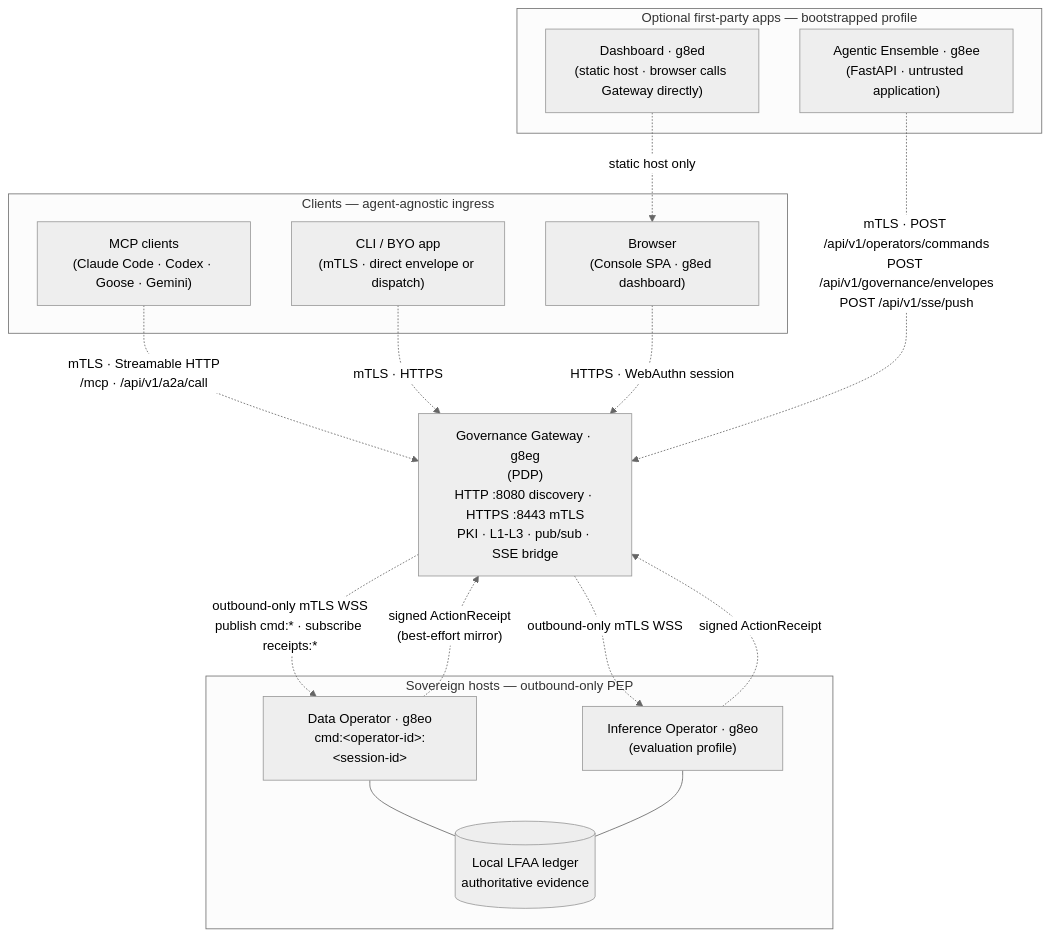
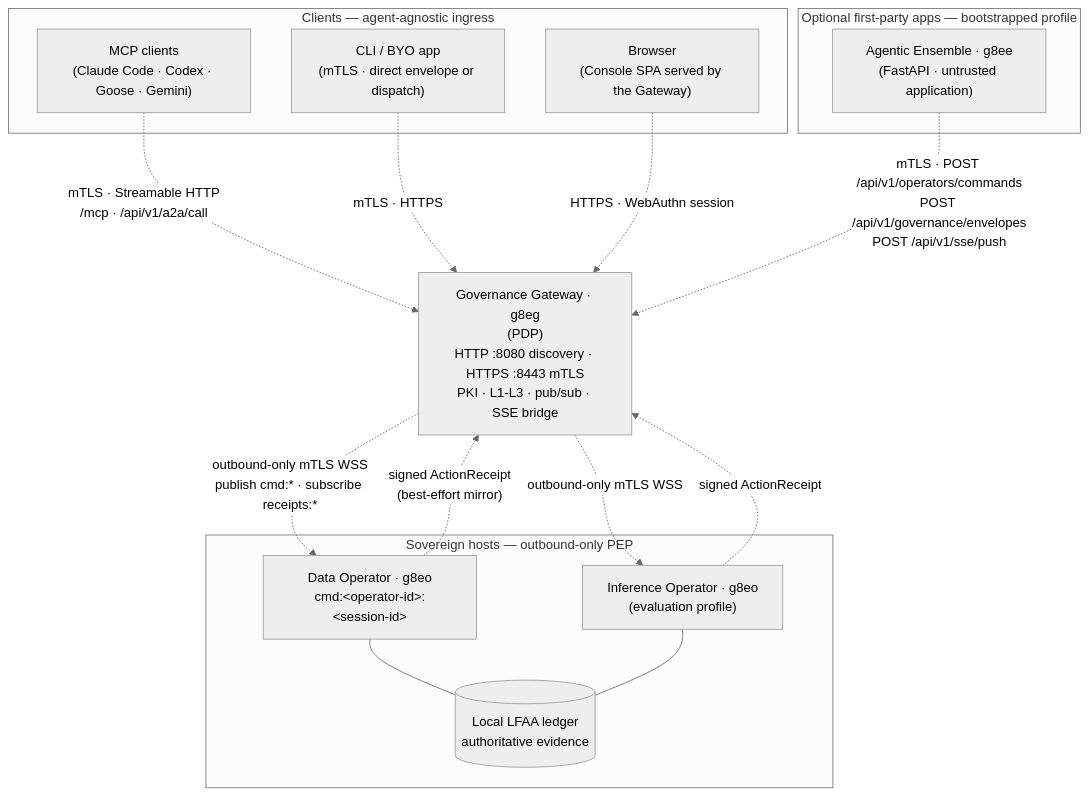
One commit to g8e-ai/g8e changed the diagram in docs/diagrams/graph-gateway-fleet-single-host-http-mtls.md. Above: the diagram before and after it, drawn with Mermaid (neutral theme). The commit also changed other lines of this file and 1179 other files, not shown here.

````diff
--- a/docs/diagrams/graph-gateway-fleet-single-host-http-mtls.md
+++ b/docs/diagrams/graph-gateway-fleet-single-host-http-mtls.md
@@ -5,35 +5,33 @@
 ```mermaid
 graph TD
     subgraph Clients ["Clients — agent-agnostic ingress"]
         MCP["MCP clients<br/>(Claude Code · Codex · Goose · Gemini)"]
         CLI["CLI / BYO app<br/>(mTLS · direct envelope or dispatch)"]
-        Browser["Browser<br/>(Console SPA · g8ed dashboard)"]
+        Browser["Browser<br/>(Console SPA served by the Gateway)"]
     end
 
     subgraph Apps ["Optional first-party apps — bootstrapped profile"]
         EE["Agentic Ensemble · g8ee<br/>(FastAPI · untrusted application)"]
-        ED["Dashboard · g8ed<br/>(static host · browser calls Gateway directly)"]
     end
 
     GW["Governance Gateway · g8eg<br/>(PDP)<br/>HTTP :8080 discovery · HTTPS :8443 mTLS<br/>PKI · L1-L3 · pub/sub · SSE bridge"]
 
     subgraph Fleet ["Sovereign hosts — outbound-only PEP"]
         O1["Data Operator · g8eo<br/>cmd:&lt;operator-id&gt;:&lt;session-id&gt;"]
         O2["Inference Operator · g8eo<br/>(evaluation profile)"]
         D1[("Local LFAA ledger<br/>authoritative evidence")]
         O1 --- D1
         O2 --- D1
     end
 
     MCP -. "mTLS · Streamable HTTP<br/>/mcp · /api/v1/a2a/call" .-> GW
     CLI -. "mTLS · HTTPS" .-> GW
     Browser -. "HTTPS · WebAuthn session" .-> GW
-    ED -. "static host only" .-> Browser
 
     EE -. "mTLS · POST /api/v1/operators/commands<br/>POST /api/v1/governance/envelopes<br/>POST /api/v1/sse/push" .-> GW
 
     GW -. "outbound-only mTLS WSS<br/>publish cmd:* · subscribe receipts:*" .-> O1
     GW -. "outbound-only mTLS WSS" .-> O2
     O1 -. "signed ActionReceipt<br/>(best-effort mirror)" .-> GW
     O2 -. "signed ActionReceipt" .-> GW
 ```
````
